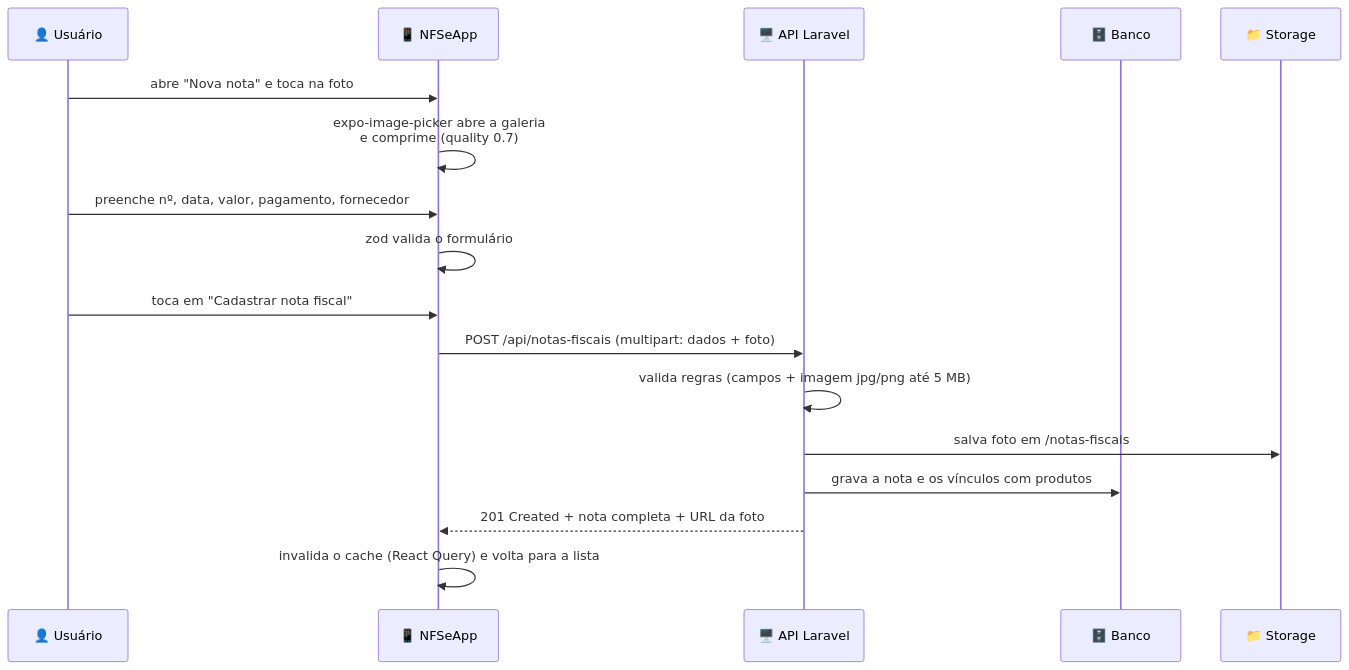
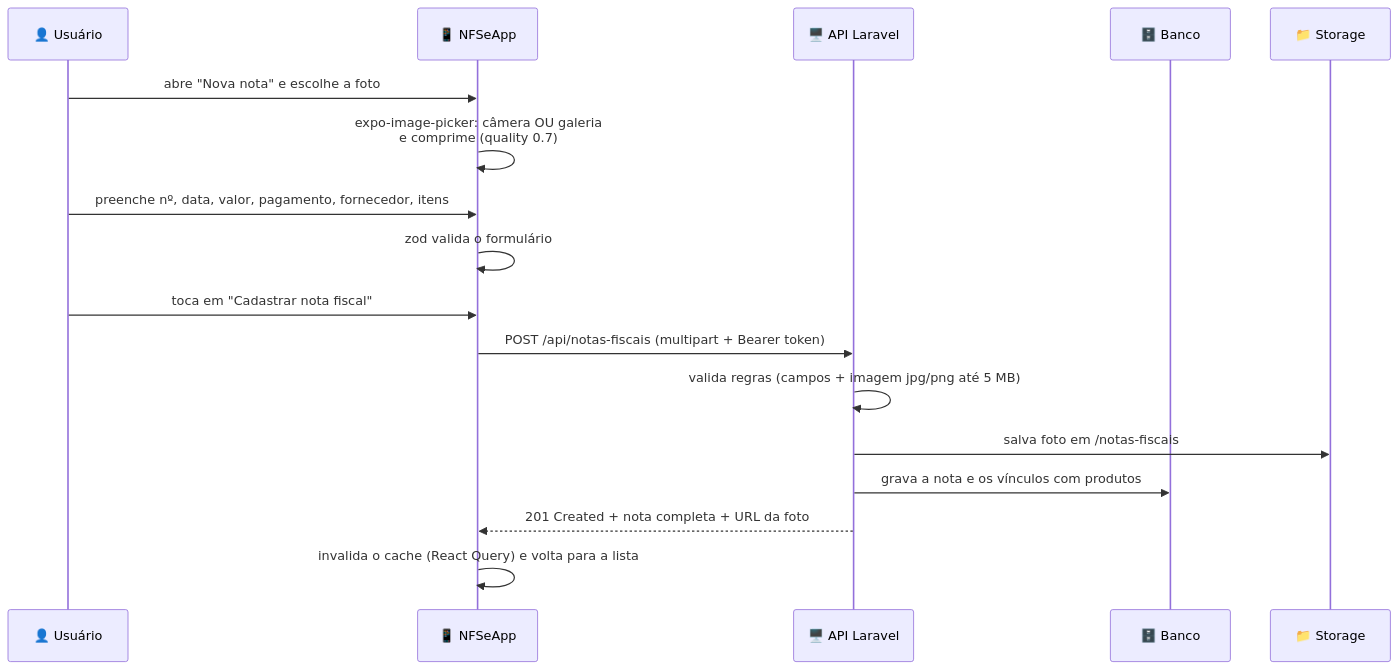
Before and after one commit to douglasmasuzzo/NFSe-Solutions: the fourth of 6 diagrams in docs/APRESENTACAO.md, drawn with Mermaid. The commit also changed other lines of this file and 51 other files, not shown here.

````diff
--- a/docs/APRESENTACAO.md
+++ b/docs/APRESENTACAO.md
@@ -224,20 +245,20 @@
 ```mermaid
 sequenceDiagram
     participant U as 👤 Usuário
     participant App as 📱 NFSeApp
     participant API as 🖥️ API Laravel
     participant DB as 🗄️ Banco
     participant St as 📁 Storage
 
-    U->>App: abre "Nova nota" e toca na foto
-    App->>App: expo-image-picker abre a galeria<br/>e comprime (quality 0.7)
-    U->>App: preenche nº, data, valor, pagamento, fornecedor
+    U->>App: abre "Nova nota" e escolhe a foto
+    App->>App: expo-image-picker: câmera OU galeria<br/>e comprime (quality 0.7)
+    U->>App: preenche nº, data, valor, pagamento, fornecedor, itens
     App->>App: zod valida o formulário
     U->>App: toca em "Cadastrar nota fiscal"
-    App->>API: POST /api/notas-fiscais (multipart: dados + foto)
+    App->>API: POST /api/notas-fiscais (multipart + Bearer token)
     API->>API: valida regras (campos + imagem jpg/png até 5 MB)
     API->>St: salva foto em /notas-fiscais
     API->>DB: grava a nota e os vínculos com produtos
     API-->>App: 201 Created + nota completa + URL da foto
     App->>App: invalida o cache (React Query) e volta para a lista
 ```
````
